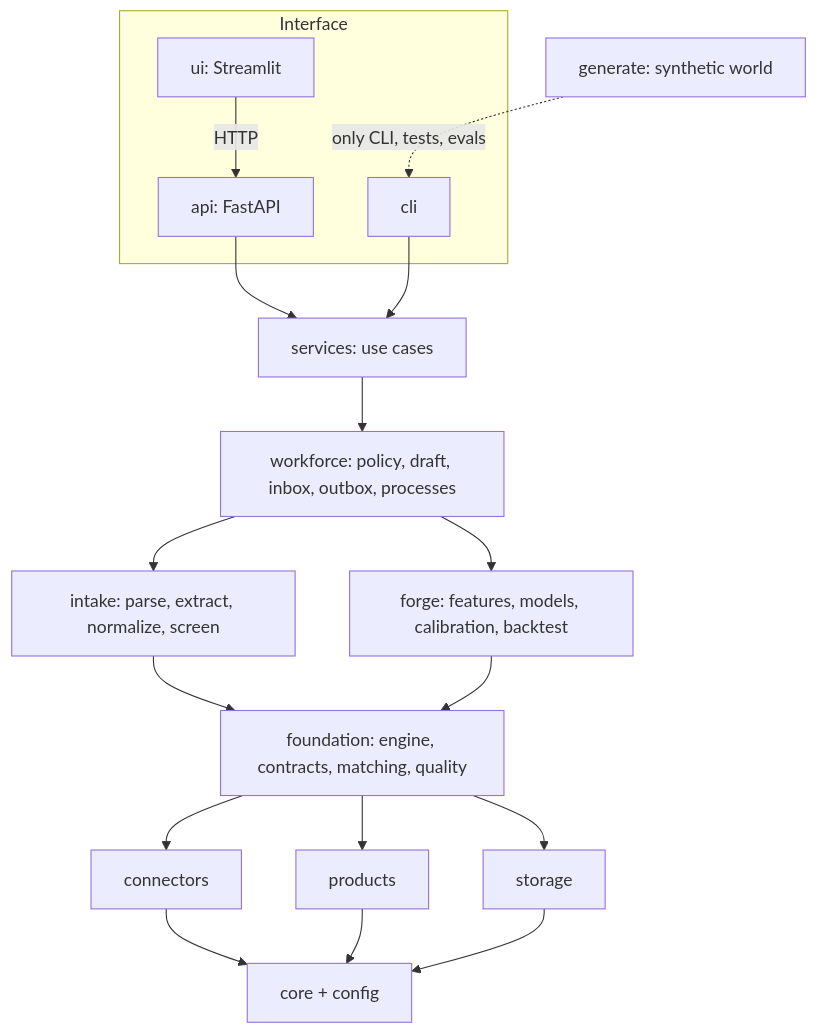
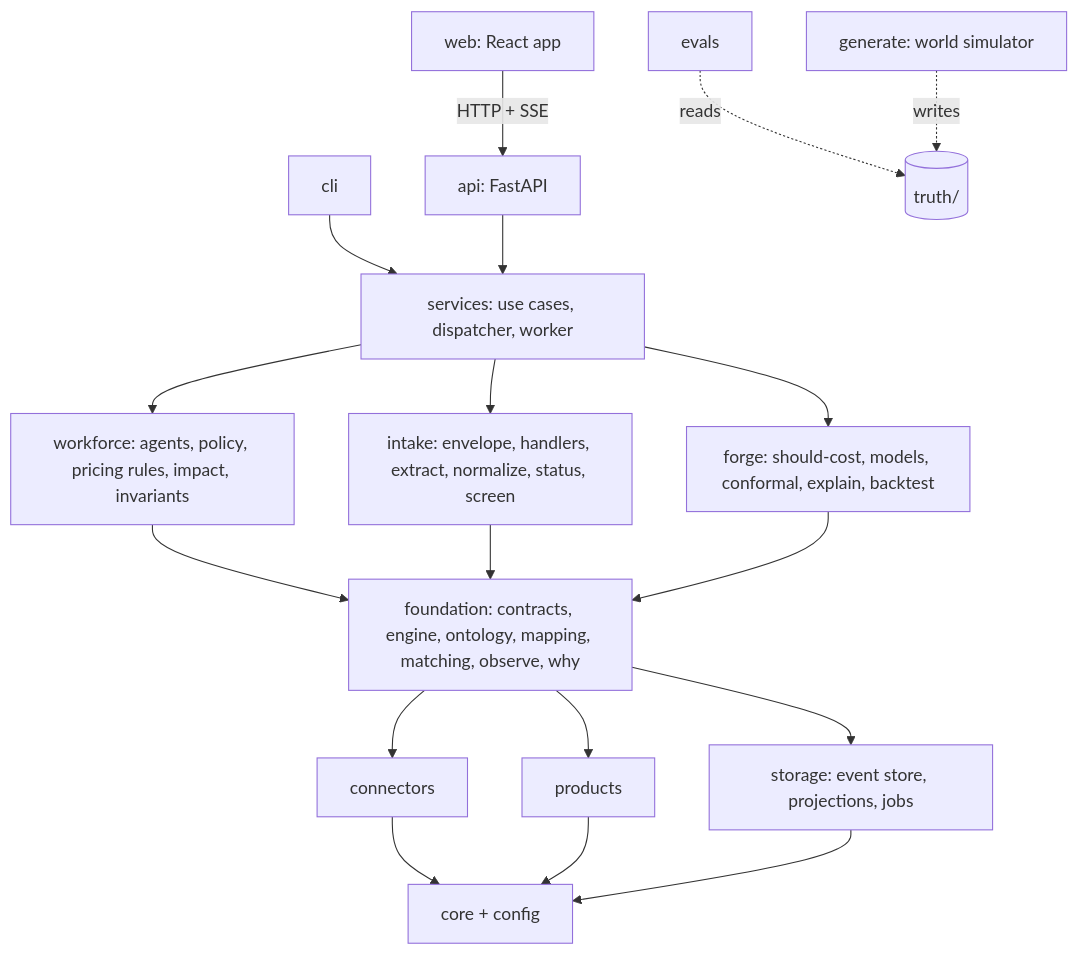
One commit to Talel-bm/quote-desk changed the second of 3 diagrams in docs/architecture.md. Above: the diagram before and after it, drawn with Mermaid. The commit also changed other lines of this file and 14 other files, not shown here.

````diff
--- a/docs/architecture.md
+++ b/docs/architecture.md
@@ -31,26 +38,20 @@
 ```mermaid
 flowchart TB
-  subgraph Interface
-    ui[ui: Streamlit] -->|HTTP| api[api: FastAPI]
-    cli[cli]
-  end
-  api --> services
-  cli --> services
-  services[services: use cases]
-  services --> workforce
-  workforce[workforce: policy, draft, inbox, outbox, processes]
-  workforce --> intake
-  workforce --> forge
-  intake[intake: parse, extract, normalize, screen]
-  forge[forge: features, models, calibration, backtest]
+  web[web: React app] -->|HTTP + SSE| api[api: FastAPI]
+  cli[cli] --> services
+  api --> services[services: use cases, dispatcher, worker]
+  services --> workforce[workforce: agents, policy, pricing rules, impact, invariants]
+  services --> intake[intake: envelope, handlers, extract, normalize, status, screen]
+  services --> forge[forge: should-cost, models, conformal, explain, backtest]
+  workforce --> foundation
   intake --> foundation
-  forge --> foundation
-  foundation[foundation: engine, contracts, matching, quality]
+  forge --> foundation[foundation: contracts, engine, ontology, mapping, matching, observe, why]
   foundation --> connectors[connectors]
   foundation --> products[products]
-  foundation --> storage[storage]
+  foundation --> storage[storage: event store, projections, jobs]
   connectors --> core[core + config]
   products --> core
   storage --> core
-  generate[generate: synthetic world] -.only CLI, tests, evals.-> cli
+  evals[evals] -.reads.-> truth[(truth/)]
+  generate[generate: world simulator] -.writes.-> truth
 ```
````
